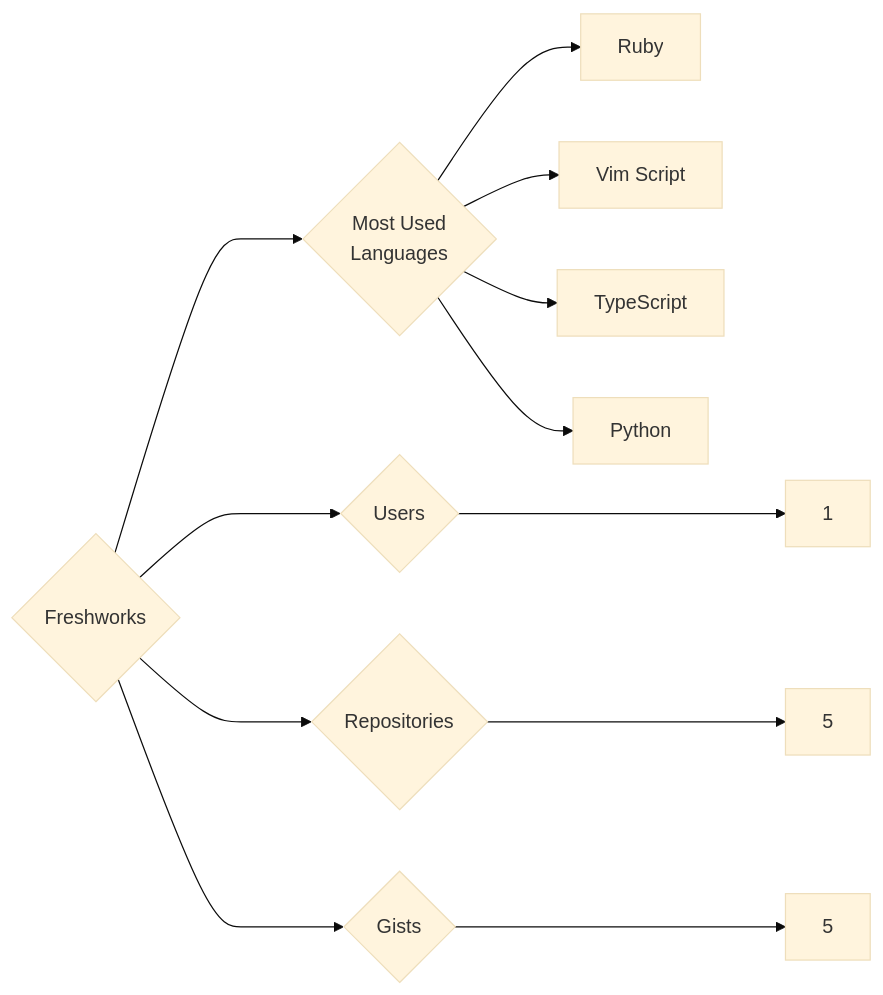
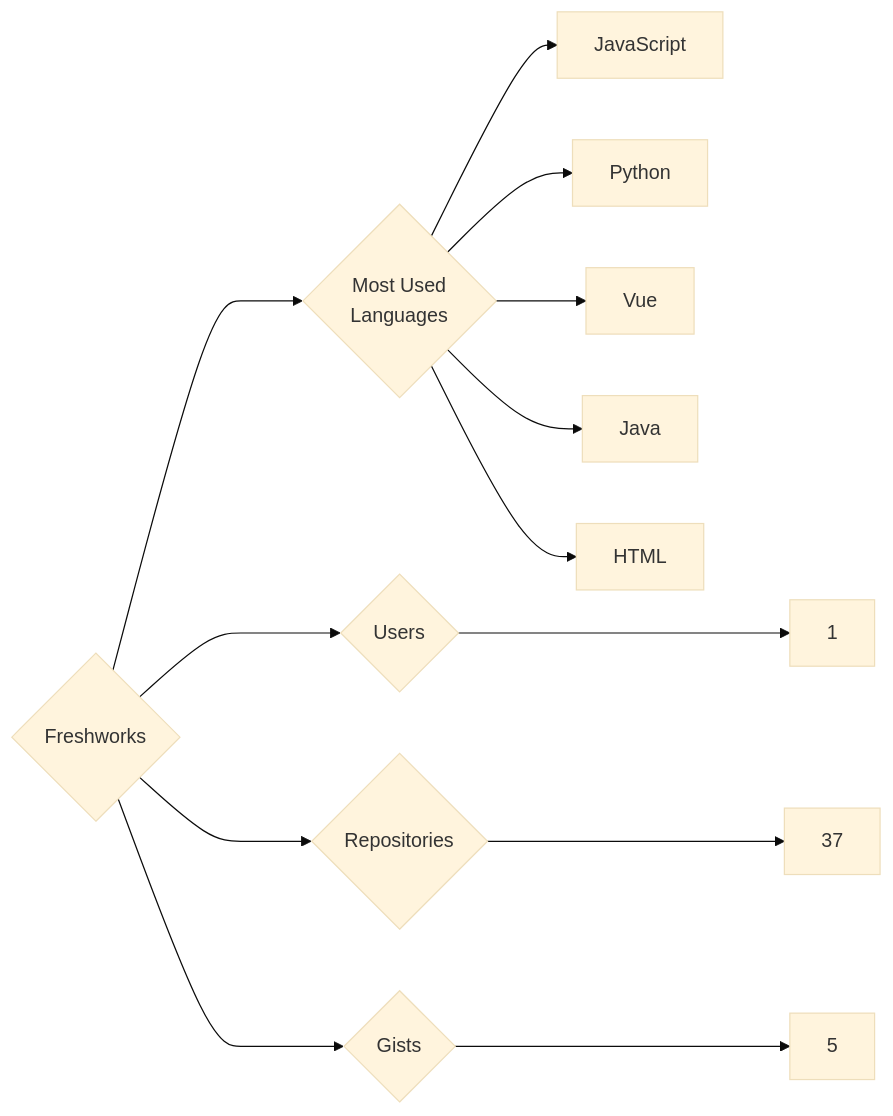
The diagram in targets/Freshworks/README.md (trickest/insiders), drawn with Mermaid (base theme) before and after one commit. The commit also changed 1036 other files, not shown here.

````diff
--- a/targets/Freshworks/README.md
+++ b/targets/Freshworks/README.md
@@ -3,12 +3,13 @@
 ```mermaid
 graph LR
 COMPANY_NAME{Freshworks}
 COMPANY_NAME ---> U{Users} ---> UN[1]
-COMPANY_NAME ---> R{Repositories} ---> RN[5]
+COMPANY_NAME ---> R{Repositories} ---> RN[37]
 COMPANY_NAME ---> G{Gists} ---> GN[5]
 COMPANY_NAME ---> ML{Most Used<br>Languages}
-ML --> Ruby[Ruby]
-ML --> Vim_Script[Vim Script]
-ML --> TypeScript[TypeScript]
+ML --> JavaScript[JavaScript]
 ML --> Python[Python]
+ML --> Vue[Vue]
+ML --> Java[Java]
+ML --> HTML[HTML]
 ```
````
